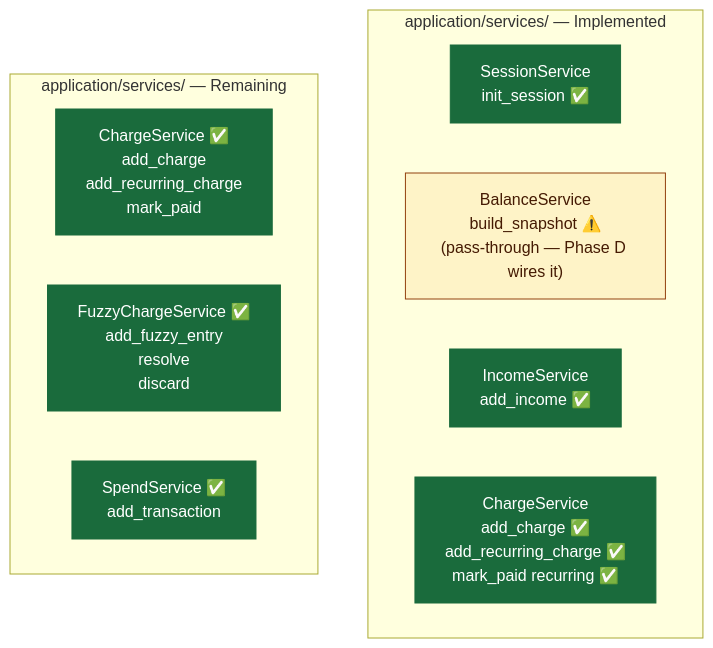
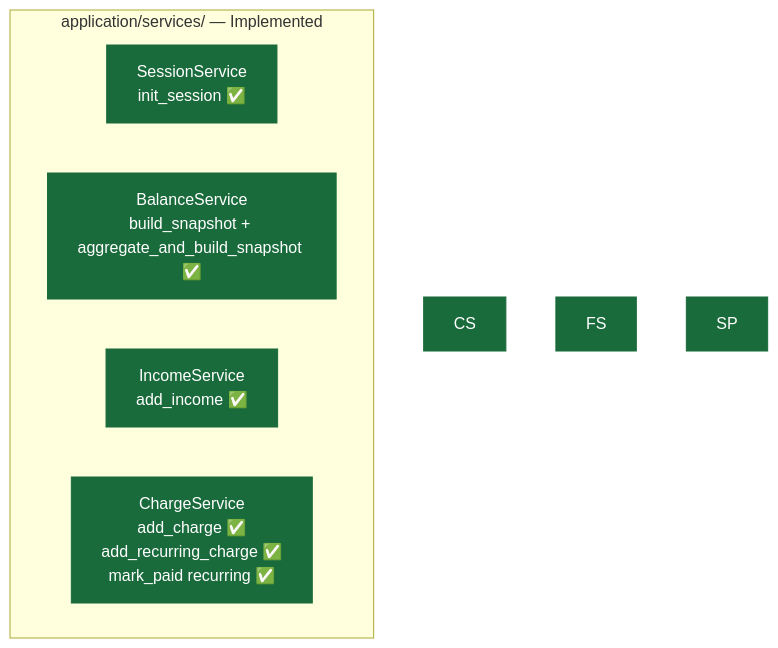
The sixth of 25 diagrams in Docs/stage1_implementation_status.md (MoaminShikha/student-expense-tracker), drawn with Mermaid before and after one commit. The commit also changed other lines of this file, not shown here.

````diff
--- a/Docs/stage1_implementation_status.md
+++ b/Docs/stage1_implementation_status.md
@@ -223,23 +221,17 @@
 ```mermaid
 graph TD
     subgraph existing["application/services/ — Implemented"]
         SS["SessionService\ninit_session ✅"]
-        BS["BalanceService\nbuild_snapshot ⚠️\n(pass-through — Phase D wires it)"]
+        BS["BalanceService\nbuild_snapshot + aggregate_and_build_snapshot ✅"]
         IS["IncomeService\nadd_income ✅"]
         CS1["ChargeService\nadd_charge ✅\nadd_recurring_charge ✅\nmark_paid recurring ✅"]
     end
 
-    subgraph missing["application/services/ — Remaining"]
-        CS["ChargeService ✅\nadd_charge\nadd_recurring_charge\nmark_paid"]
-        FS["FuzzyChargeService ✅\nadd_fuzzy_entry\nresolve\ndiscard"]
-        SP["SpendService ✅\nadd_transaction"]
-    end
-
     style SS fill:#1a6b3c,color:#fff,stroke:#1a6b3c
-    style BS fill:#fef3c7,stroke:#92400e,color:#451a03
+    style BS fill:#1a6b3c,color:#fff,stroke:#1a6b3c
     style IS fill:#1a6b3c,color:#fff,stroke:#1a6b3c
     style CS1 fill:#1a6b3c,color:#fff,stroke:#1a6b3c
     style CS fill:#1a6b3c,color:#fff,stroke:#1a6b3c
     style FS fill:#1a6b3c,color:#fff,stroke:#1a6b3c
     style SP fill:#1a6b3c,color:#fff,stroke:#1a6b3c
 ```
````
